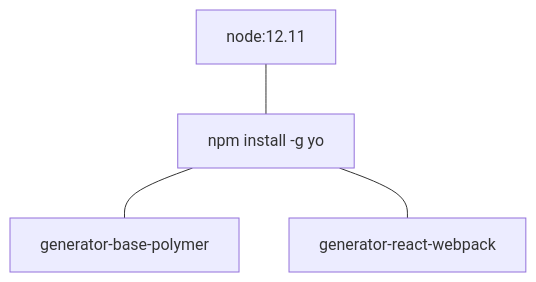
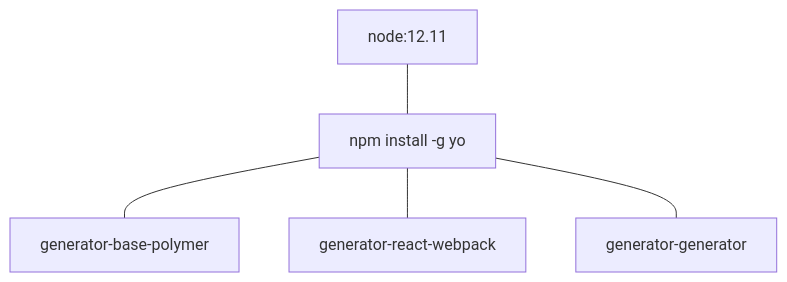
One commit to mikeclee/dockerfile changed the diagram in tools/yeoman/README.md. Above: the diagram before and after it, drawn with Mermaid. The commit also changed other lines of this file and 1 other file, not shown here.

````diff
--- a/tools/yeoman/README.md
+++ b/tools/yeoman/README.md
@@ -2,11 +4,13 @@
 ```mermaid
 graph TD
     base["node:12.11"]
     yo["npm install -g yo"]
     gen1["generator-base-polymer"]
     gen2["generator-react-webpack"]
+    gen3["generator-generator"]
 
     base --- yo
     yo --- gen1
     yo --- gen2
+    yo --- gen3
 ```
````
